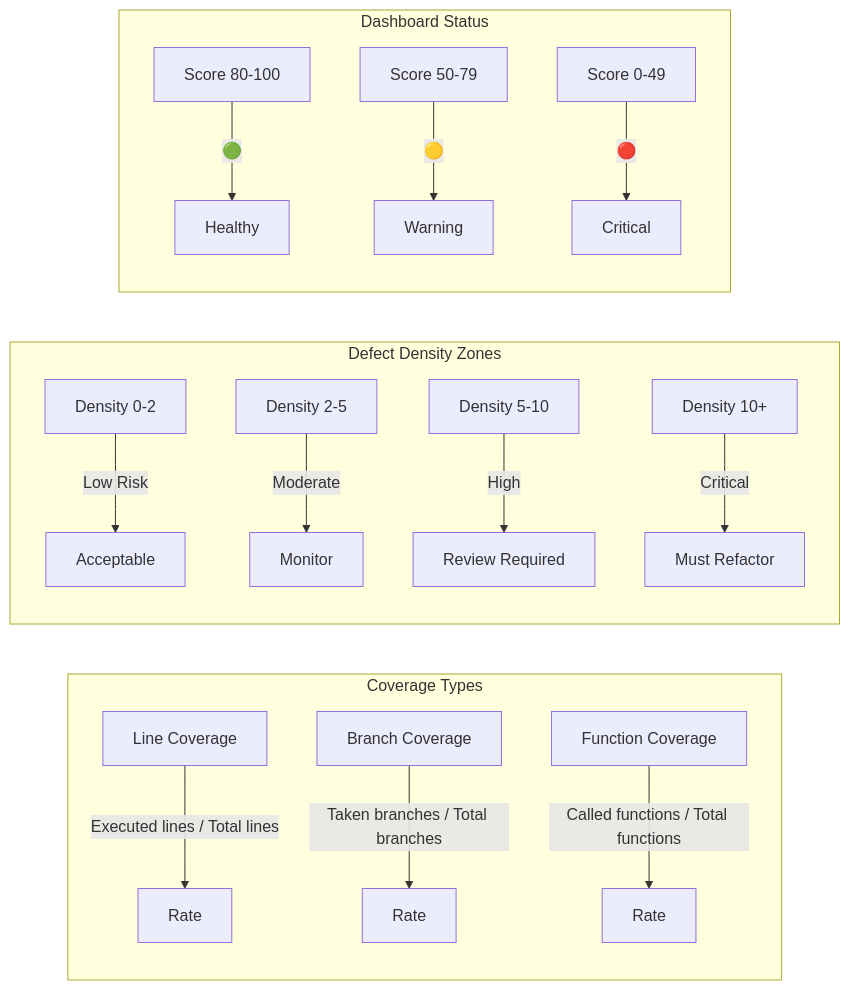
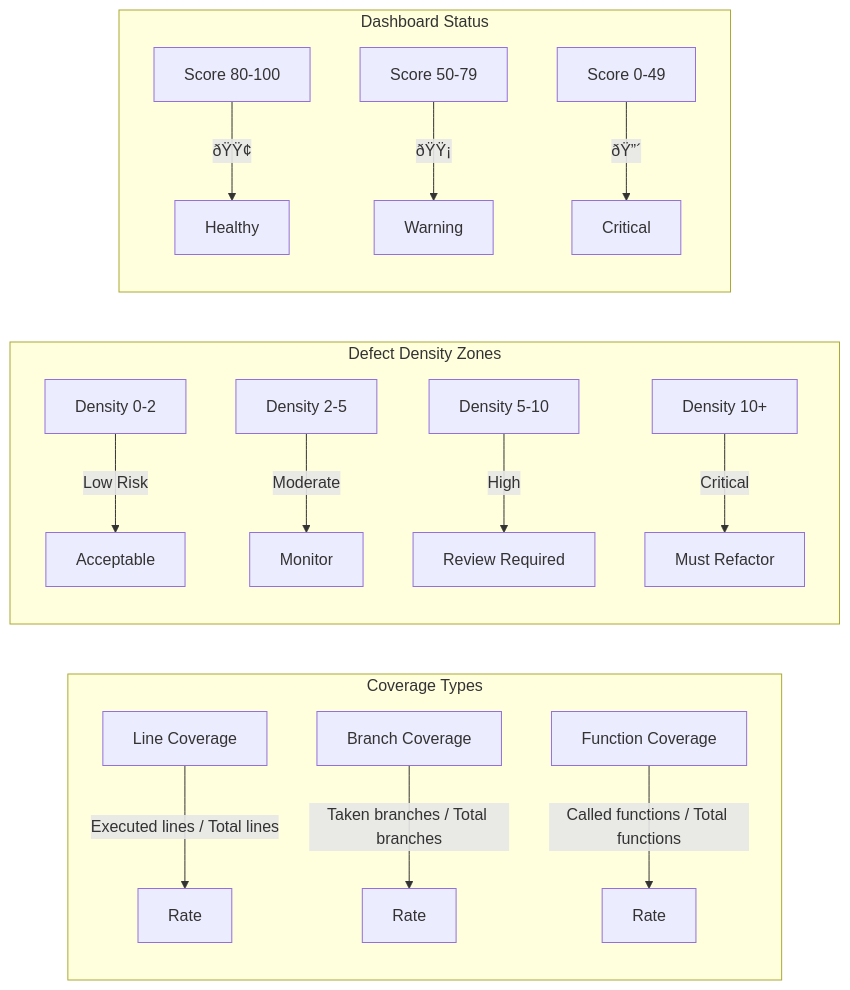
The eighth of 9 diagrams in docs/courses/software-engineering/09-quality-management.md (Raushan666java/ai-engineering-journey), drawn with Mermaid before and after one commit. The commit also changed other lines of this file and 735 other files, not shown here.

````diff
--- a/docs/courses/software-engineering/09-quality-management.md
+++ b/docs/courses/software-engineering/09-quality-management.md
@@ -1317,19 +1317,19 @@
 ```mermaid
 graph LR
     subgraph "Coverage Types"
         LC[Line Coverage] -->|Executed lines / Total lines| LR[Rate]
         BC[Branch Coverage] -->|Taken branches / Total branches| BR[Rate]
         FC[Function Coverage] -->|Called functions / Total functions| FR[Rate]
     end
     subgraph "Defect Density Zones"
         D1[Density 0-2] -->|Low Risk| ACCEPT[Acceptable]
         D2[Density 2-5] -->|Moderate| MONITOR[Monitor]
         D3[Density 5-10] -->|High| REVIEW[Review Required]
         D4[Density 10+] -->|Critical| IMMEDIATE[Must Refactor]
     end
     subgraph "Dashboard Status"
-        DS1[Score 80-100] -->|🟢| HLTH[Healthy]
-        DS2[Score 50-79] -->|🟡| WARN[Warning]
-        DS3[Score 0-49] -->|🔴| CRIT[Critical]
+        DS1[Score 80-100] -->|ðŸŸ¢| HLTH[Healthy]
+        DS2[Score 50-79] -->|ðŸŸ¡| WARN[Warning]
+        DS3[Score 0-49] -->|ðŸ”´| CRIT[Critical]
     end
 ```
````
